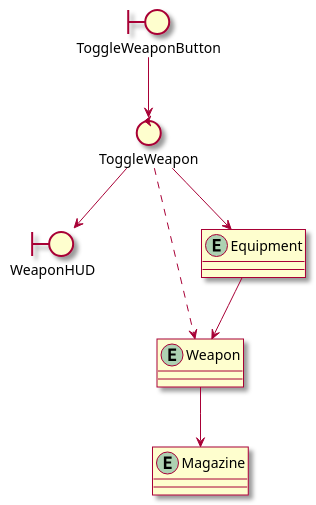
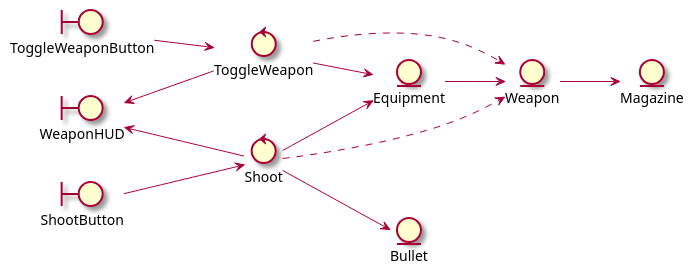
One commit to RicardoGuzmanVelasco/ArchitecturalCookieClicker changed the diagram in Assets/CoD/Docs~/Design.puml. Above: the diagram before and after it, drawn with PlantUML. The commit also changed 3 other files, not shown here.

```diff
--- a/Assets/CoD/Docs~/Design.puml
+++ b/Assets/CoD/Docs~/Design.puml
@@ -1,23 +1,35 @@
 @startuml
 skin rose
-allowmixing
+left to right direction
+
 control ToggleWeapon
+control Shoot
 
 boundary WeaponHUD
 boundary ToggleWeaponButton
+boundary ShootButton
 
 entity Weapon
 entity Magazine
 entity Equipment
 
-ToggleWeapon --> WeaponHUD
+entity Bullet
+
+ShootButton --> Shoot
+
+Shoot --> Equipment
+Shoot --> Bullet
+Shoot ..> Weapon
+Shoot -u-> WeaponHUD
+
+ToggleWeapon -u-> WeaponHUD
 ToggleWeapon --> Equipment
 ToggleWeapon ..> Weapon
 
 Equipment --> Weapon
 
 ToggleWeaponButton --> ToggleWeapon
 
 Weapon --> Magazine
 
 @enduml
```
